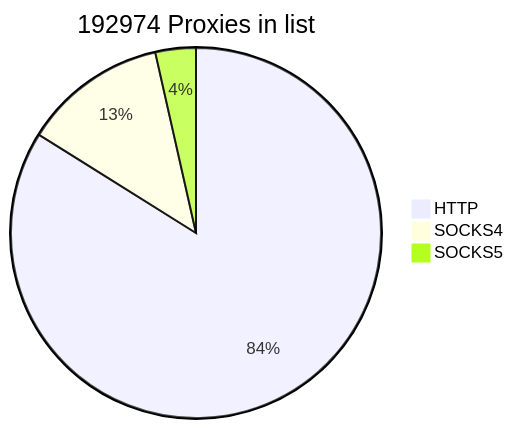
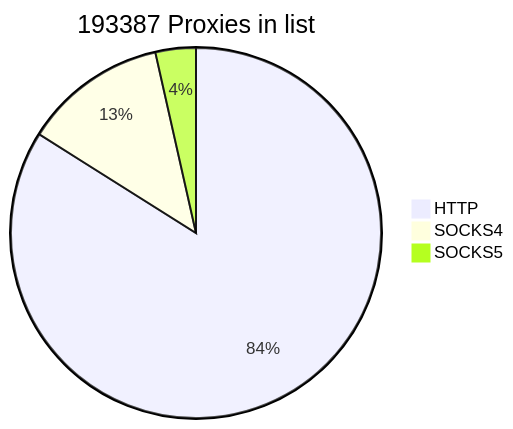
One commit to cutipu/proxylist changed the first of 2 diagrams in README.md. Above: the diagram before and after it, drawn with Mermaid. The commit also changed other lines of this file, not shown here.

````diff
--- a/README.md
+++ b/README.md
@@ -2,7 +2,7 @@
 ```mermaid
-pie title 192974 Proxies in list
-    "HTTP" : 161902
-    "SOCKS4" : 24253
-    "SOCKS5" : 6819
+pie title 193387 Proxies in list
+    "HTTP" : 162339
+    "SOCKS4" : 24230
+    "SOCKS5" : 6818
             
 ```
````
